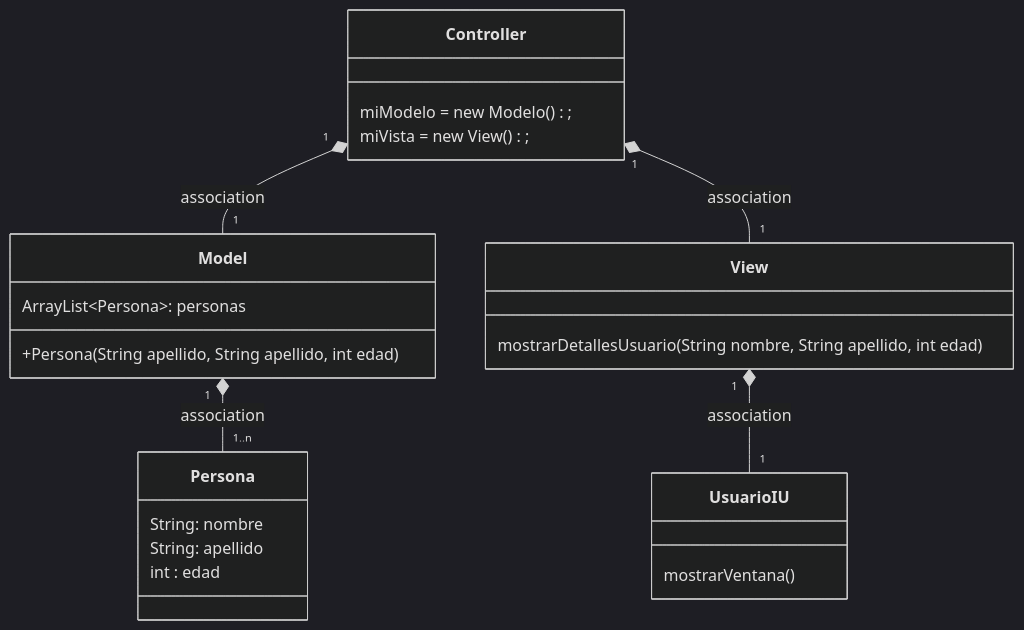
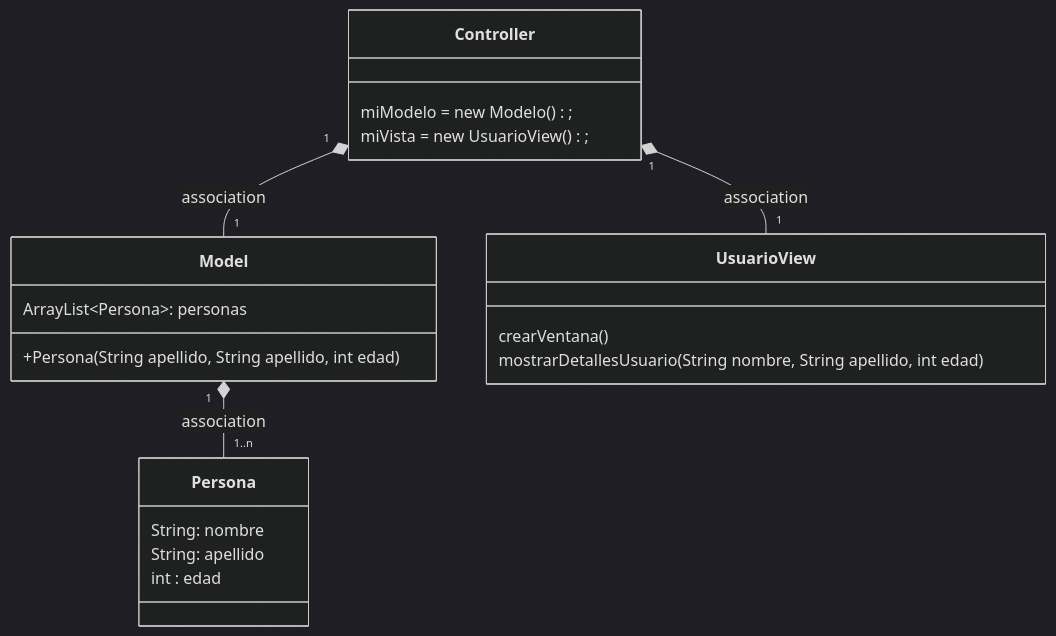
Before and after one commit to WindaLobo/PracticaMvc: the first of 2 diagrams in Readme.md, drawn with Mermaid (dark theme). The commit also changed 4 other files, not shown here.

````diff
--- a/Readme.md
+++ b/Readme.md
@@ -3,27 +3,27 @@
 ```mermaid
 classDiagram
     class Persona {
         String: nombre
         String: apellido
         int : edad
        
     }
       class Controller{
         miModelo = new Modelo();
-        miVista = new View();
+        miVista = new UsuarioView();
       }
-      class View {mostrarDetallesUsuario(String nombre, String apellido, int edad)}
+   
       class Model {
           ArrayList~Persona~: personas
           +Persona(String apellido, String apellido, int edad)
          
       }
       
-     class UsuarioIU { mostrarVentana() }
+     class UsuarioView { crearVentana() }
+     class UsuarioView {mostrarDetallesUsuario(String nombre, String apellido, int edad)}
     Controller "1" *-- "1" Model : association
-    Controller "1" *-- "1" View : association
     Model "1" *-- "1..n" Persona : association
-    View "1" *-- "1" UsuarioIU : association
+    Controller "1" *-- "1" UsuarioView : association
     
       
 ```
````
